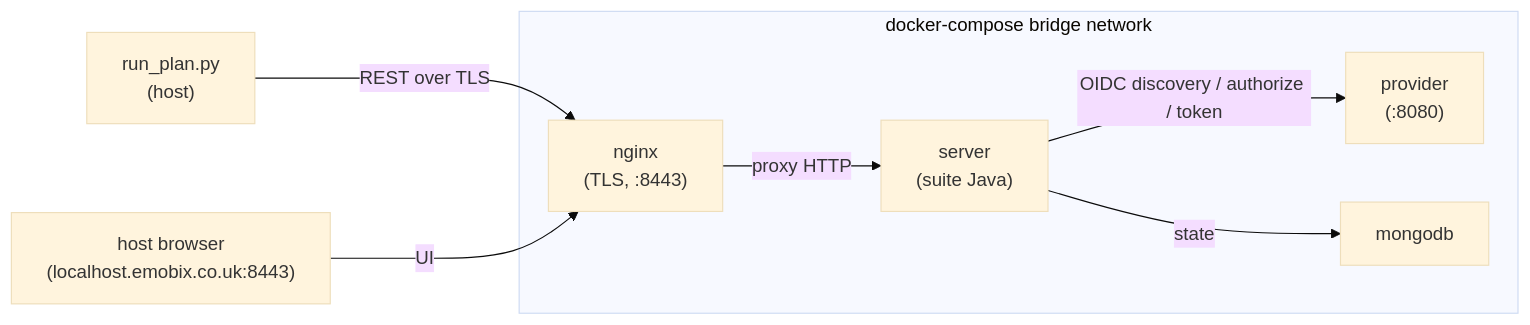
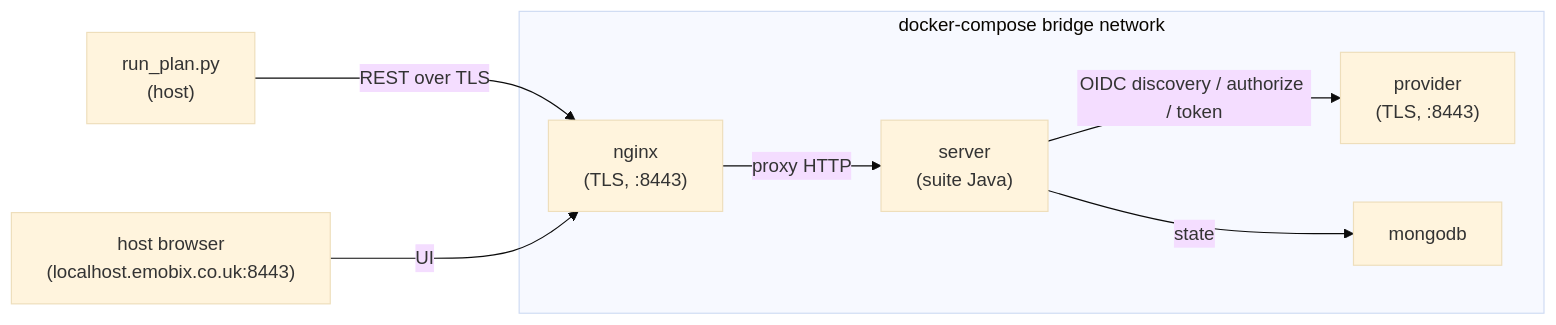
Before and after one commit to 6RUN0/allianceauth-oidc-provider: the diagram in tests/conformance/README.md, drawn with Mermaid (base theme). The commit also changed other lines of this file and 19 other files, not shown here.

````diff
--- a/tests/conformance/README.md
+++ b/tests/conformance/README.md
@@ -337,18 +364,18 @@
 ```mermaid
 flowchart LR
     runner["run_plan.py<br/>(host)"]
     browser["host browser<br/>(localhost.emobix.co.uk:8443)"]
 
     subgraph compose [docker-compose bridge network]
         nginx["nginx<br/>(TLS, :8443)"]
         server["server<br/>(suite Java)"]
-        provider["provider<br/>(:8080)"]
+        provider["provider<br/>(TLS, :8443)"]
         mongo["mongodb"]
     end
 
     runner -->|REST over TLS| nginx
     browser -->|UI| nginx
     nginx -->|proxy HTTP| server
     server -->|OIDC discovery / authorize / token| provider
     server -->|state| mongo
 ```
````
